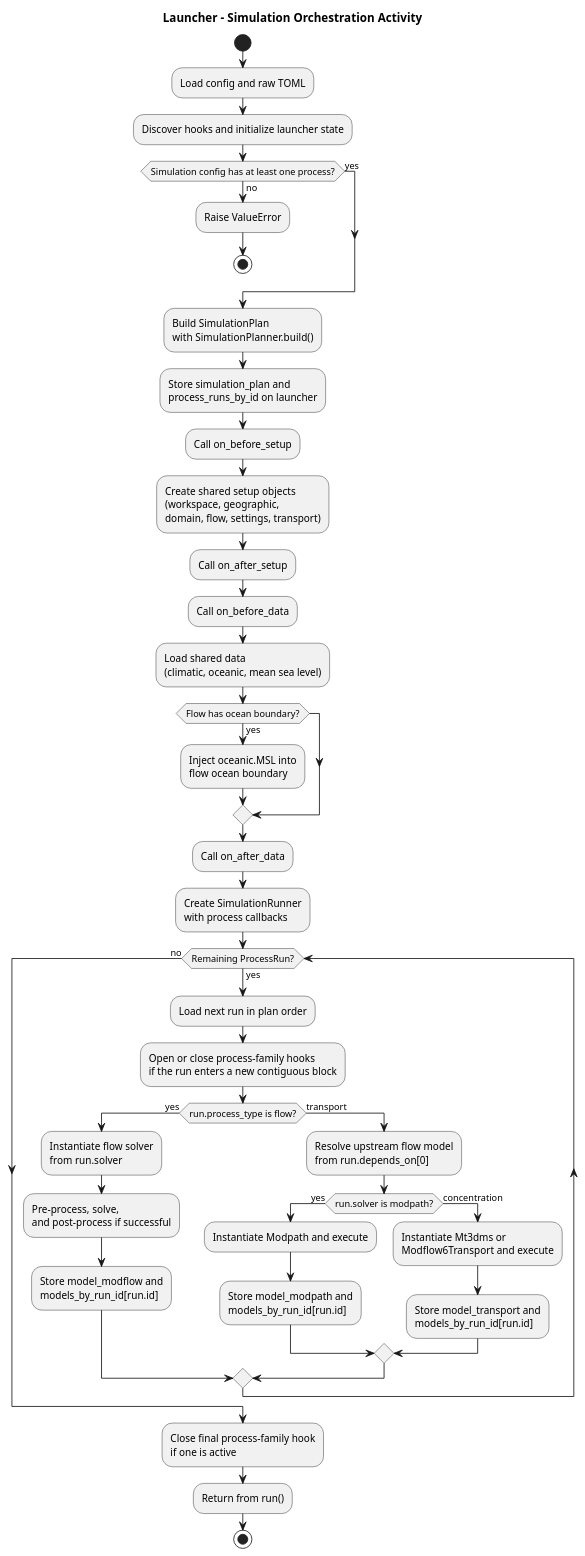
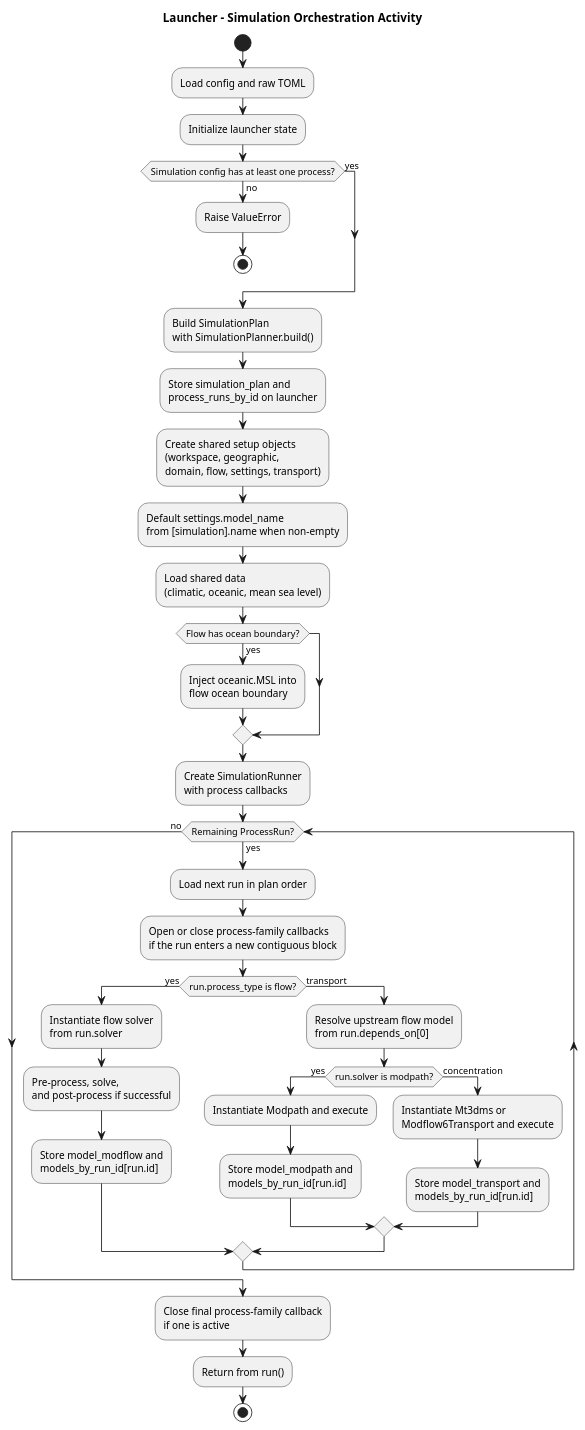
The diagram in docs/readthedocs/source/architecture/launchers/diagrams/launcher_simulation_orchestration_activity.wsd (HydroModPy/HydroModPy), drawn with PlantUML before and after one commit. The commit also changed 1519 other files, not shown here.

```diff
--- a/docs/readthedocs/source/architecture/launchers/diagrams/launcher_simulation_orchestration_activity.wsd
+++ b/docs/readthedocs/source/architecture/launchers/diagrams/launcher_simulation_orchestration_activity.wsd
@@ -1,55 +1,52 @@
 @startuml
 title Launcher - Simulation Orchestration Activity
 
 start
 
 :Load config and raw TOML;
-:Discover hooks and initialize launcher state;
+:Initialize launcher state;
 
 if (Simulation config has at least one process?) then (yes)
 else (no)
   :Raise ValueError;
   stop
 endif
 
 :Build SimulationPlan\nwith SimulationPlanner.build();
 :Store simulation_plan and\nprocess_runs_by_id on launcher;
 
-:Call on_before_setup;
 :Create shared setup objects\n(workspace, geographic,\ndomain, flow, settings, transport);
-:Call on_after_setup;
+:Default settings.model_name\nfrom [simulation].name when non-empty;
 
-:Call on_before_data;
 :Load shared data\n(climatic, oceanic, mean sea level);
 if (Flow has ocean boundary?) then (yes)
   :Inject oceanic.MSL into\nflow ocean boundary;
 endif
-:Call on_after_data;
 
 :Create SimulationRunner\nwith process callbacks;
 
 while (Remaining ProcessRun?) is (yes)
   :Load next run in plan order;
-  :Open or close process-family hooks\nif the run enters a new contiguous block;
+  :Open or close process-family callbacks\nif the run enters a new contiguous block;
 
   if (run.process_type is flow?) then (yes)
     :Instantiate flow solver\nfrom run.solver;
     :Pre-process, solve,\nand post-process if successful;
     :Store model_modflow and\nmodels_by_run_id[run.id];
   else (transport)
     :Resolve upstream flow model\nfrom run.depends_on[0];
     if (run.solver is modpath?) then (yes)
       :Instantiate Modpath and execute;
       :Store model_modpath and\nmodels_by_run_id[run.id];
     else (concentration)
       :Instantiate Mt3dms or\nModflow6Transport and execute;
       :Store model_transport and\nmodels_by_run_id[run.id];
     endif
   endif
 endwhile (no)
 
-:Close final process-family hook\nif one is active;
+:Close final process-family callback\nif one is active;
 :Return from run();
 
 stop
 @enduml
```
